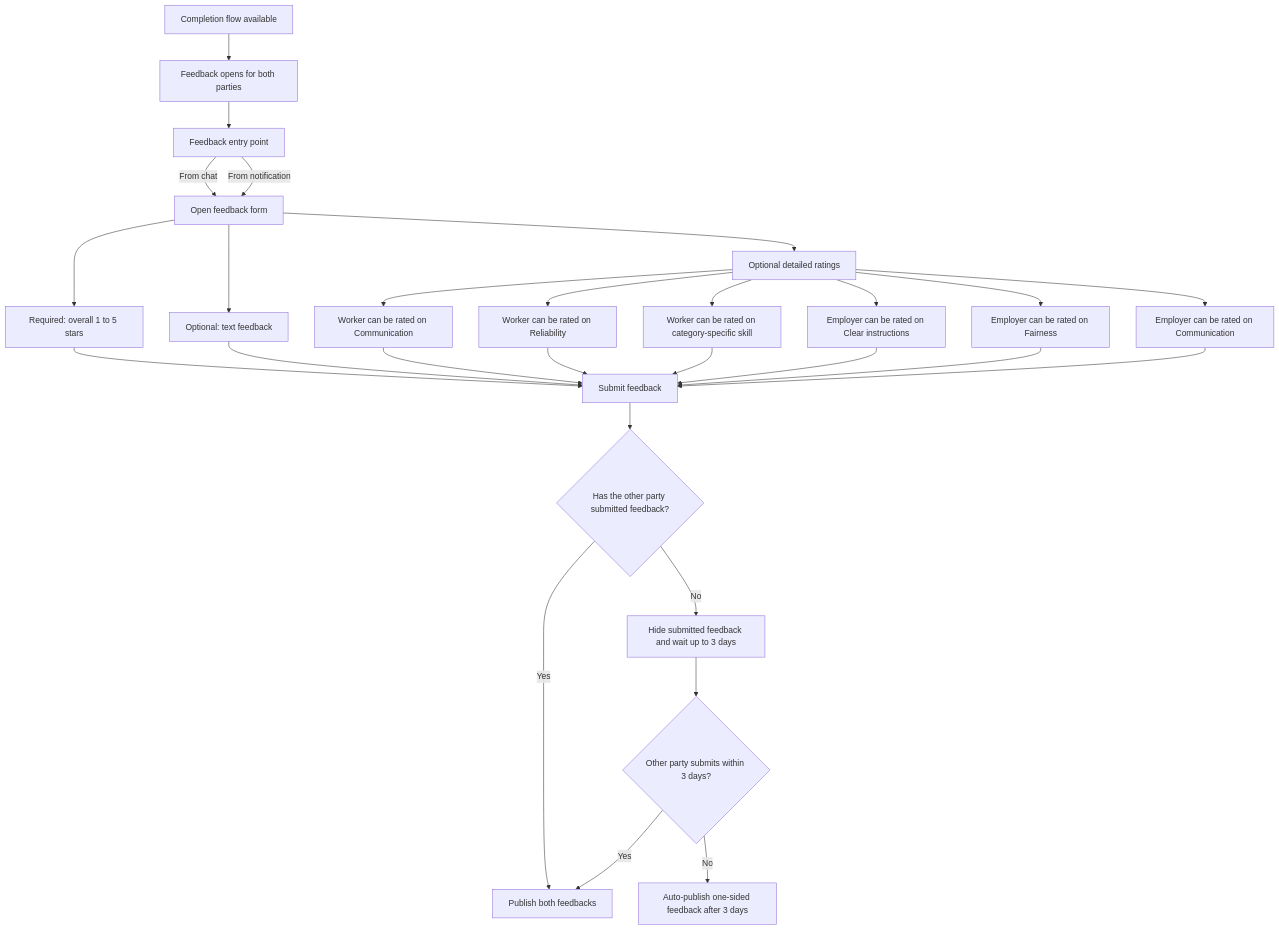
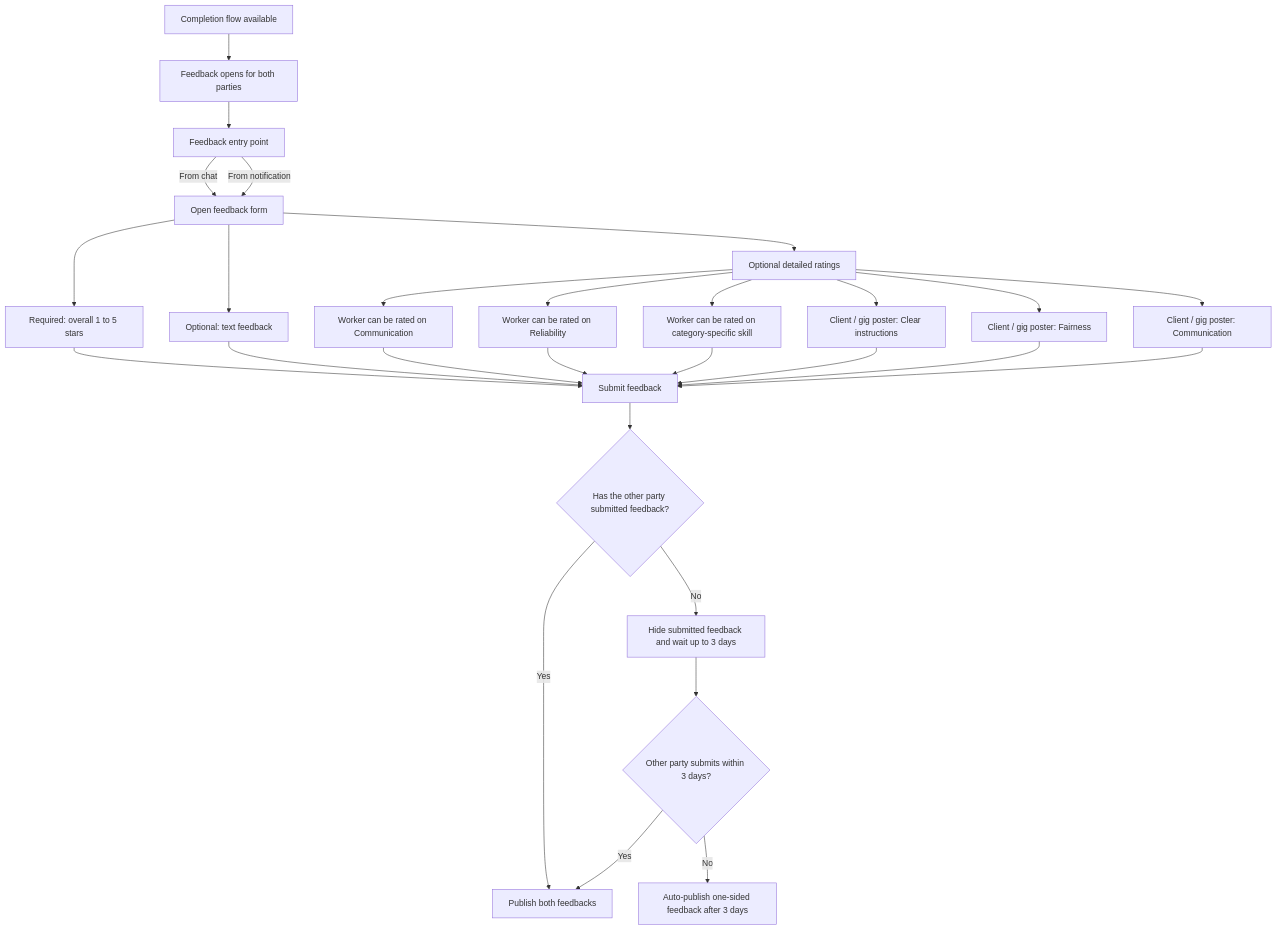
One commit to janiluuk/giggi changed the diagram in docs/journeys/feedback-flow.md. Above: the diagram before and after it, drawn with Mermaid. The commit also changed other lines of this file and 13 other files, not shown here.

````diff
--- a/docs/journeys/feedback-flow.md
+++ b/docs/journeys/feedback-flow.md
@@ -5,37 +5,37 @@
 ```mermaid
 flowchart TD
     A[Completion flow available] --> B[Feedback opens for both parties]
 
     B --> C[Feedback entry point]
     C -->|From chat| D[Open feedback form]
     C -->|From notification| D
 
     D --> E[Required: overall 1 to 5 stars]
     D --> F[Optional: text feedback]
     D --> G[Optional detailed ratings]
 
     G --> G1[Worker can be rated on Communication]
     G --> G2[Worker can be rated on Reliability]
     G --> G3[Worker can be rated on category-specific skill]
 
-    G --> G4[Employer can be rated on Clear instructions]
-    G --> G5[Employer can be rated on Fairness]
-    G --> G6[Employer can be rated on Communication]
+    G --> G4[Client / gig poster: Clear instructions]
+    G --> G5[Client / gig poster: Fairness]
+    G --> G6[Client / gig poster: Communication]
 
     E --> H[Submit feedback]
     F --> H
     G1 --> H
     G2 --> H
     G3 --> H
     G4 --> H
     G5 --> H
     G6 --> H
 
     H --> I{Has the other party submitted feedback?}
     I -->|Yes| J[Publish both feedbacks]
     I -->|No| K[Hide submitted feedback and wait up to 3 days]
 
     K --> L{Other party submits within 3 days?}
     L -->|Yes| J
     L -->|No| M[Auto-publish one-sided feedback after 3 days]
 ```
````
